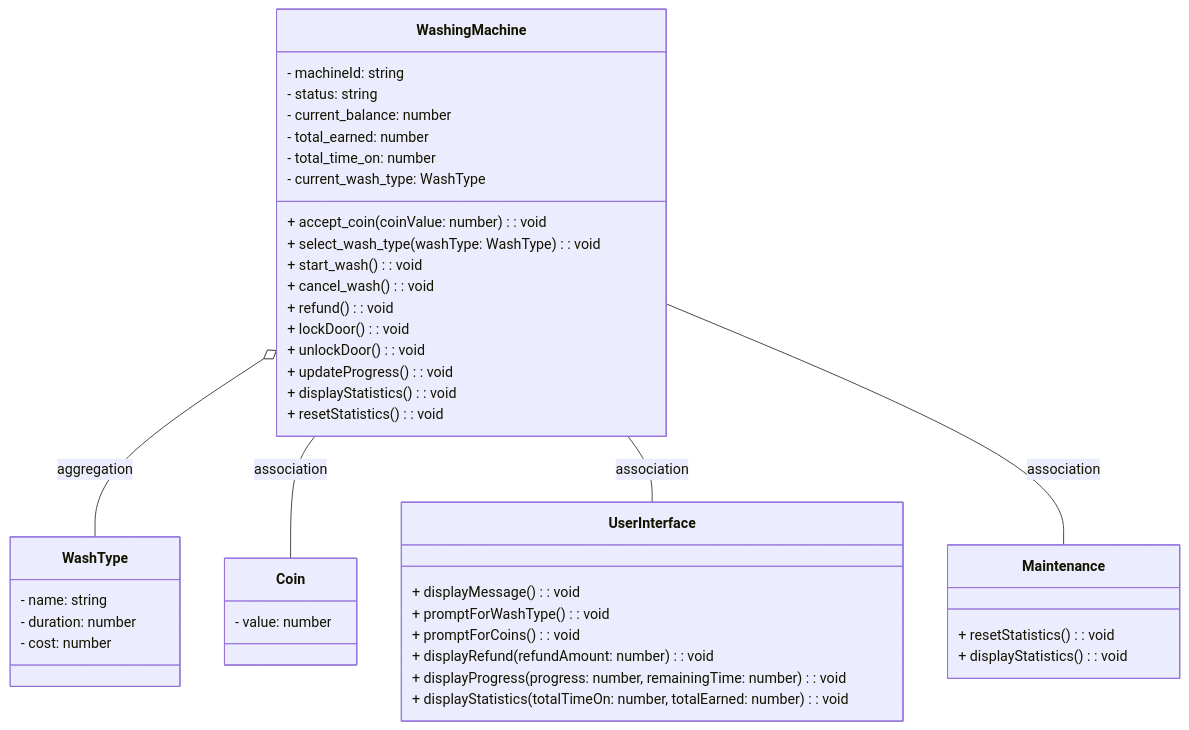
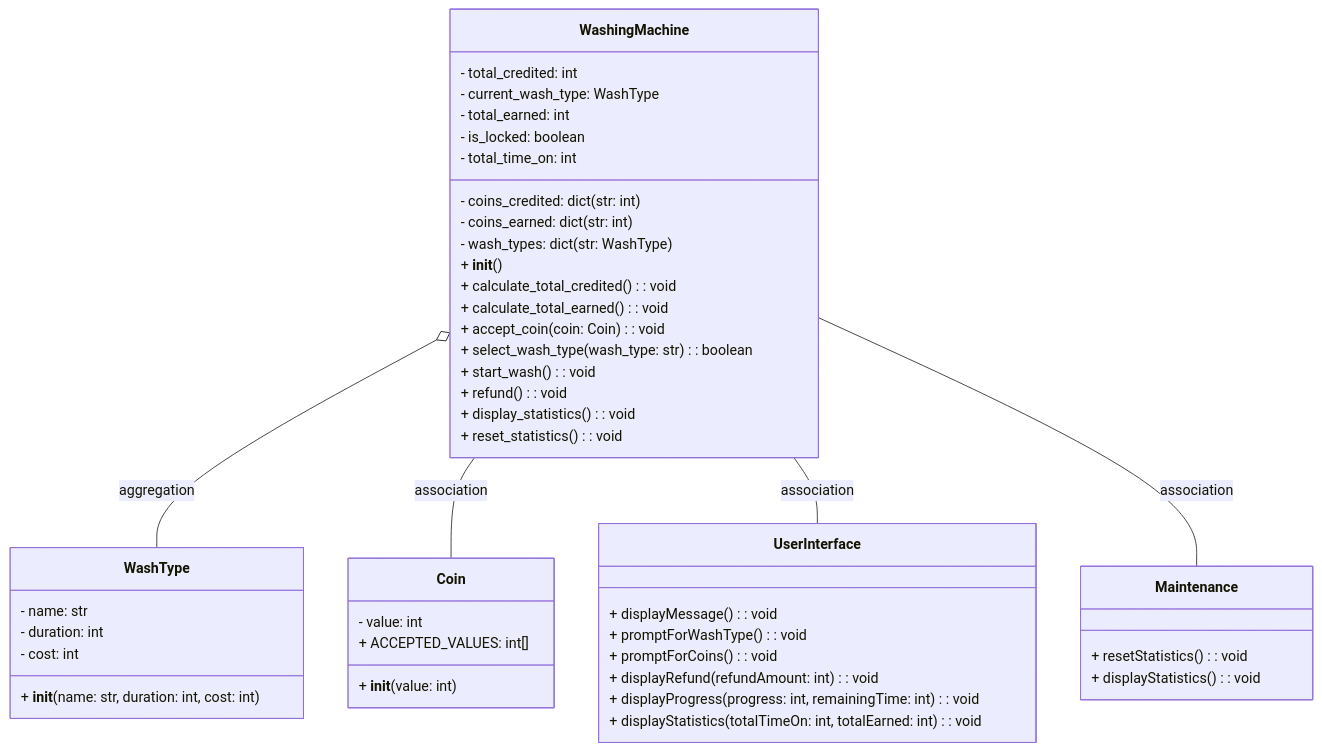
The diagram in README.md (TracesOfNuts/washing-machine), drawn with Mermaid before and after one commit. The commit also changed other lines of this file and 2 other files, not shown here.

Commit message:
Refactor WashingMachine class and add test cases

````diff
--- a/README.md
+++ b/README.md
@@ -36,52 +38,54 @@
 ```mermaid
-
 classDiagram
-    class WashingMachine {
-        - machineId: string
-        - status: string
-        - current_balance: number
-        - total_earned: number
-        - total_time_on: number
-        - current_wash_type: WashType
-
-        + accept_coin(coinValue: number): void
-        + select_wash_type(washType: WashType): void
-        + start_wash(): void
-        + cancel_wash(): void
-        + refund(): void
-        + lockDoor(): void
-        + unlockDoor(): void
-        + updateProgress(): void
-        + displayStatistics(): void
-        + resetStatistics(): void
-    }
-
     class WashType {
-        - name: string
-        - duration: number
-        - cost: number
+        - name: str
+        - duration: int
+        - cost: int
+        + __init__(name: str, duration: int, cost: int)
     }
 
     class Coin {
-        - value: number
+        - value: int
+        + ACCEPTED_VALUES: int[]
+        + __init__(value: int)
+    }
+
+    class WashingMachine {
+        - coins_credited: dict(str: int)
+        - coins_earned: dict(str: int)
+        - total_credited: int
+        - current_wash_type: WashType
+        - total_earned: int
+        - is_locked: boolean
+        - total_time_on: int
+        - wash_types: dict(str: WashType)
+        + __init__()
+        + calculate_total_credited(): void
+        + calculate_total_earned(): void
+        + accept_coin(coin: Coin): void
+        + select_wash_type(wash_type: str): boolean
+        + start_wash(): void
+        + refund(): void
+        + display_statistics(): void
+        + reset_statistics(): void
     }
 
     class UserInterface {
         + displayMessage(): void
         + promptForWashType(): void
         + promptForCoins(): void
-        + displayRefund(refundAmount: number): void
-        + displayProgress(progress: number, remainingTime: number): void
-        + displayStatistics(totalTimeOn: number, totalEarned: number): void
+        + displayRefund(refundAmount: int): void
+        + displayProgress(progress: int, remainingTime: int): void
+        + displayStatistics(totalTimeOn: int, totalEarned: int): void
     }
 
     class Maintenance {
         + resetStatistics(): void
         + displayStatistics(): void
     }
 
     WashingMachine o-- WashType : aggregation
     WashingMachine -- Coin : association
     WashingMachine -- UserInterface : association
     WashingMachine -- Maintenance : association
 ```
````
